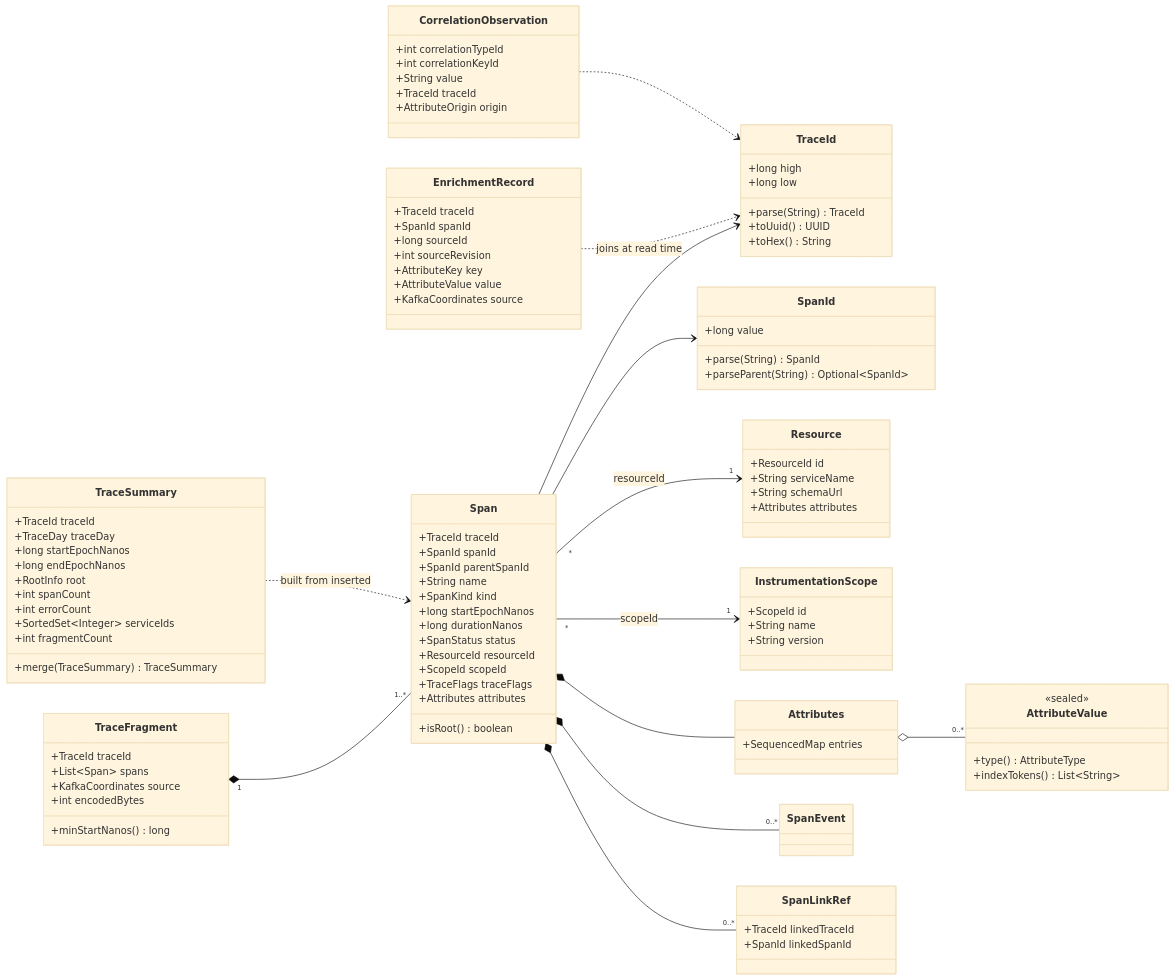
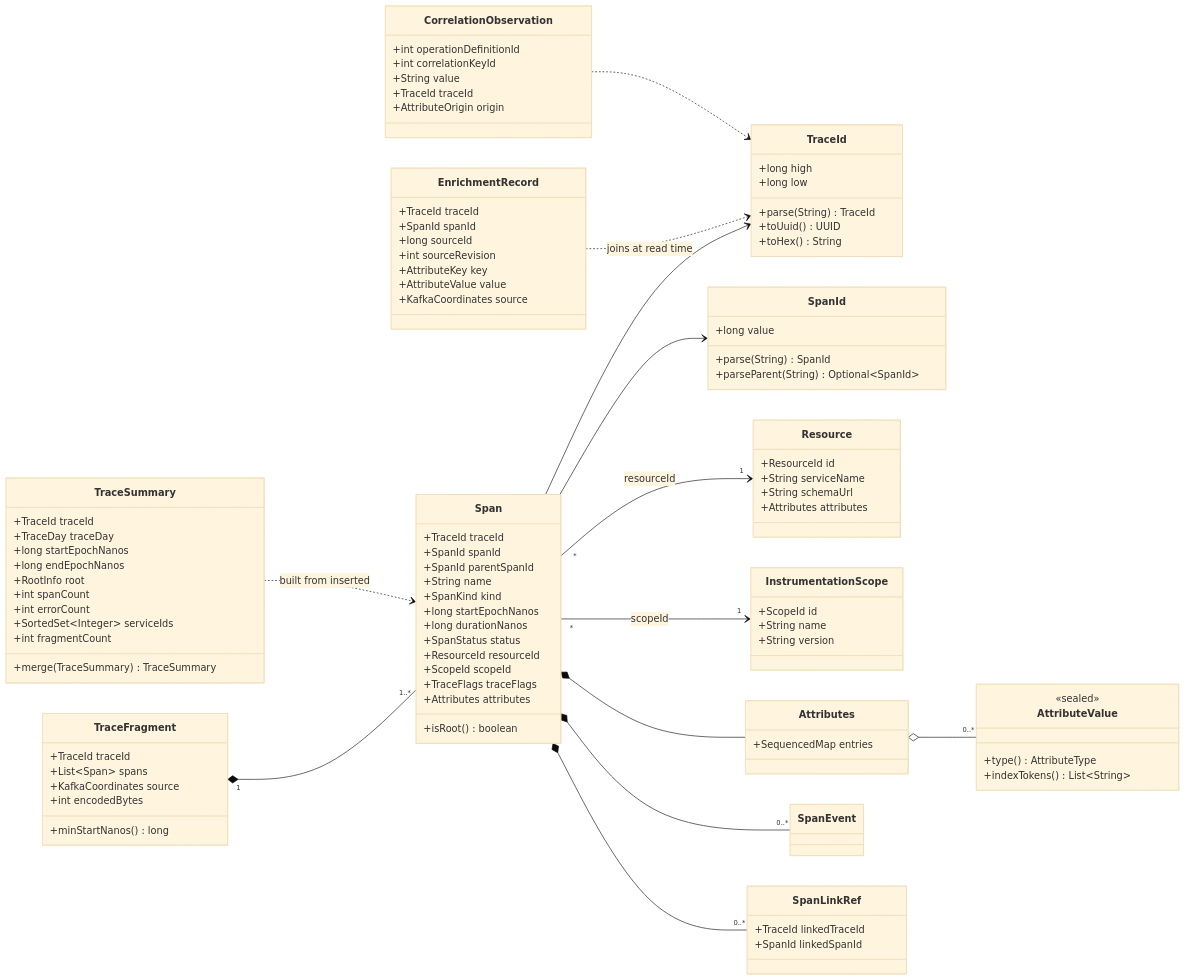
The second of 9 diagrams in agent/05-domain-model.md (aasmc/tracing-system), drawn with Mermaid (base theme) before and after one commit. The commit also changed other lines of this file and 122 other files, not shown here.

```diff
--- a/agent/05-domain-model.md
+++ b/agent/05-domain-model.md
@@ -863,7 +865,7 @@
         +KafkaCoordinates source
     }
     class CorrelationObservation {
-        +int correlationTypeId
+        +int operationDefinitionId
         +int correlationKeyId
         +String value
         +TraceId traceId
```
